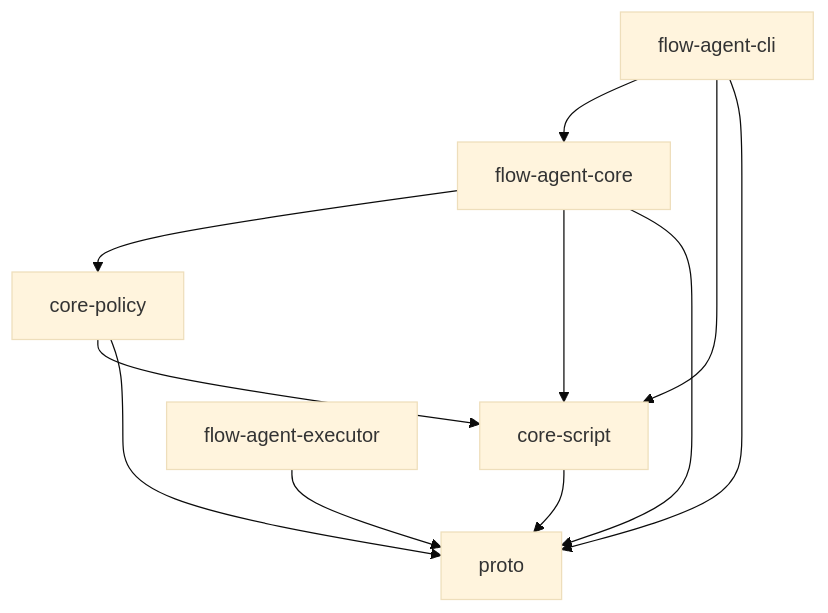
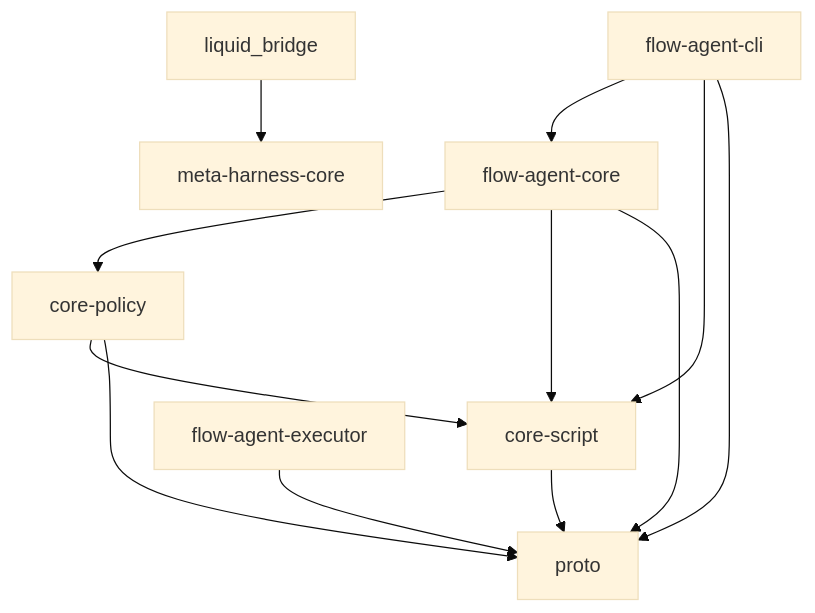
One commit to Open-Equilibrium/watershed changed the first of 3 diagrams in docs/architecture.md. Above: the diagram before and after it, drawn with Mermaid (base theme). The commit also changed 188 other files, not shown here.

````diff
--- a/docs/architecture.md
+++ b/docs/architecture.md
@@ -9,13 +9,14 @@
 ```mermaid
 flowchart TD
   C[flow-agent-cli] --> F[flow-agent-core]
   C --> S[core-script]
   C --> R[proto]
   E[flow-agent-executor] --> R
   F --> P[core-policy]
   F --> S
   F --> R
   P --> S
   P --> R
   S --> R
+  L[liquid_bridge] --> M[meta-harness-core]
 ```
````
